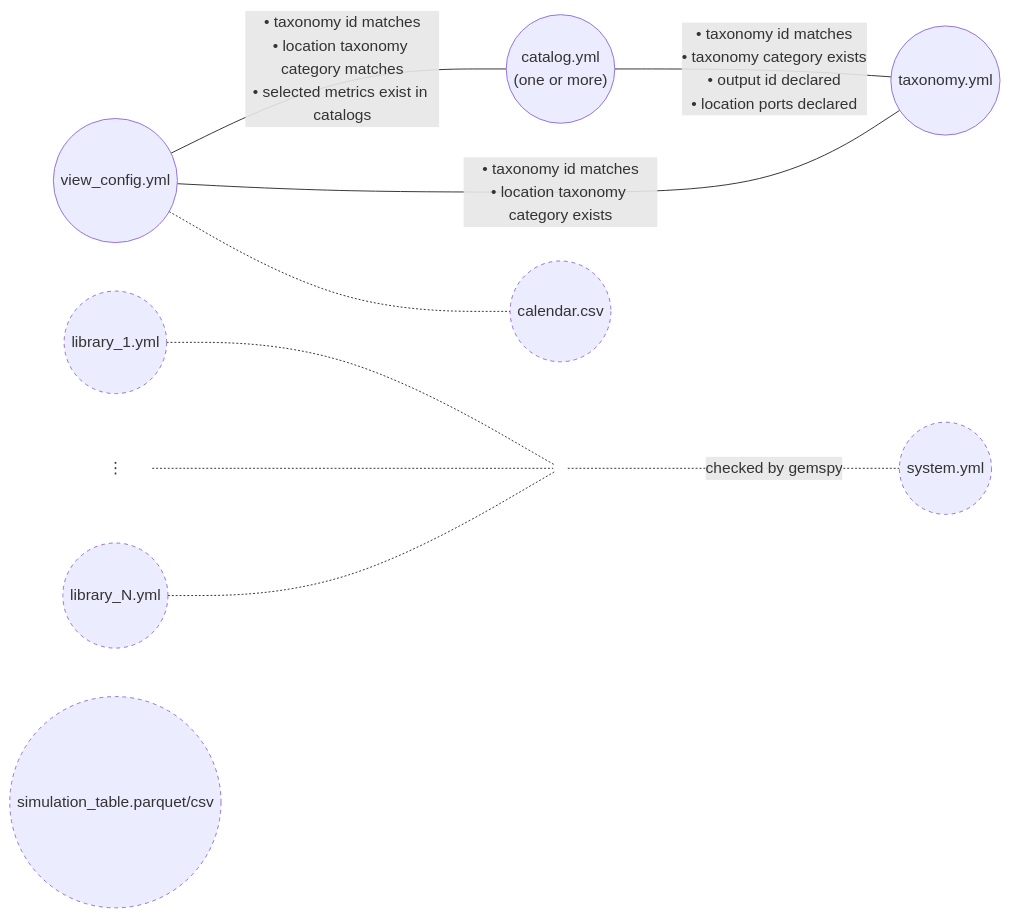
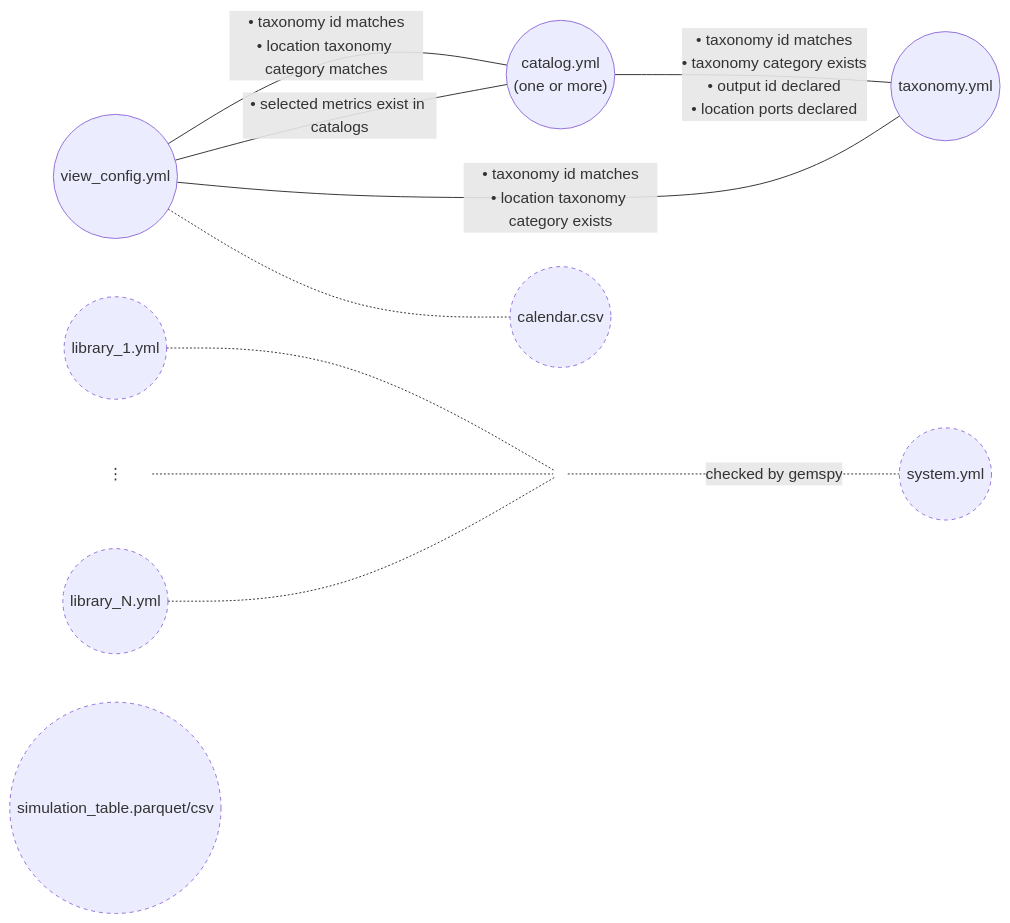
Before and after one commit to AntaresSimulatorTeam/GEMS-ViewsBuilder: the diagram in README.md, drawn with Mermaid. The commit also changed 7 other files, not shown here.

First line of the commit message:
refactor(validation): streamline view config validation and enhance documentation

````diff
--- a/README.md
+++ b/README.md
@@ -20,28 +20,29 @@
 ```mermaid
 graph LR
     catalog(("catalog.yml<br/>(one or more)"))
     taxonomy(("taxonomy.yml"))
     view_config(("view_config.yml"))
     library_1(("library_1.yml"))
     library_dots["⋮"]
     library_n(("library_N.yml"))
     library_join((" "))
     system(("system.yml"))
     simulation_table(("simulation_table.parquet/csv"))
     calendar(("calendar.csv"))
 
     catalog -- "• taxonomy id matches<br/>• taxonomy category exists<br/>• output id declared<br/>• location ports declared" --- taxonomy
     view_config -- "• taxonomy id matches<br/>• location taxonomy category exists" --- taxonomy
-    view_config -- "• taxonomy id matches<br/>• location taxonomy category matches<br/>• selected metrics exist in catalogs" --- catalog
+    view_config -- "• taxonomy id matches<br/>• location taxonomy category matches" --- catalog
+    view_config -- "• selected metrics exist in catalogs" --- catalog
 
     library_1 -.- library_join
     library_dots -.- library_join
     library_n -.- library_join
     library_join -. "checked by gemspy" .- system
     view_config -.- calendar
 
     classDef unvalidated stroke-dasharray: 4 4;
     classDef plain stroke: none, fill: none;
     class library_1,library_n,system,simulation_table,calendar unvalidated;
     class library_dots,library_join plain;
 ```
````
